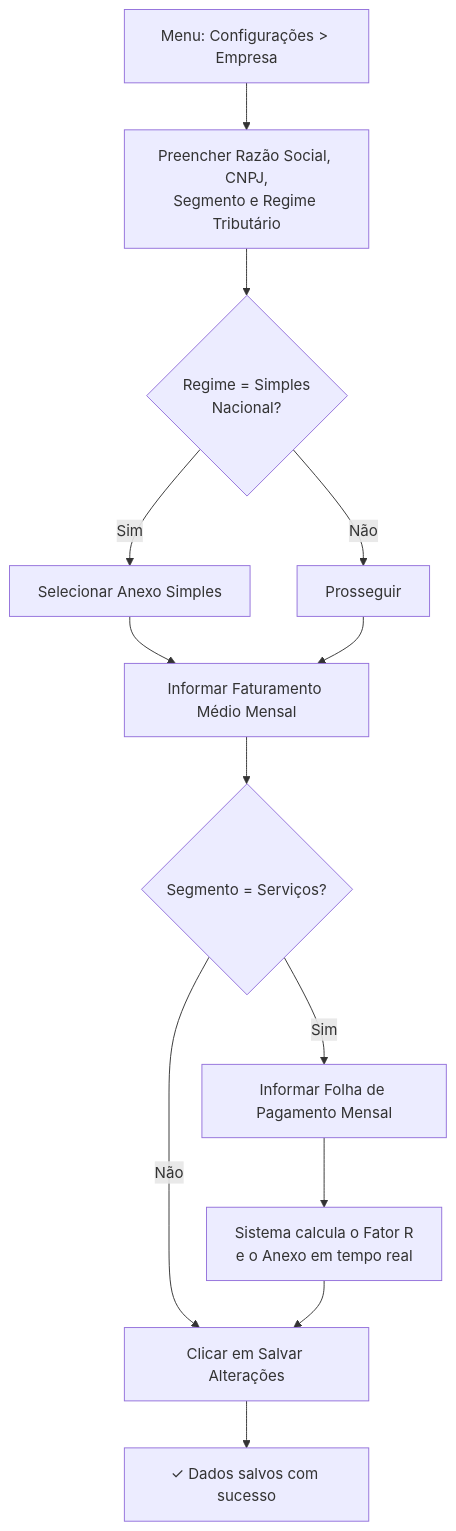
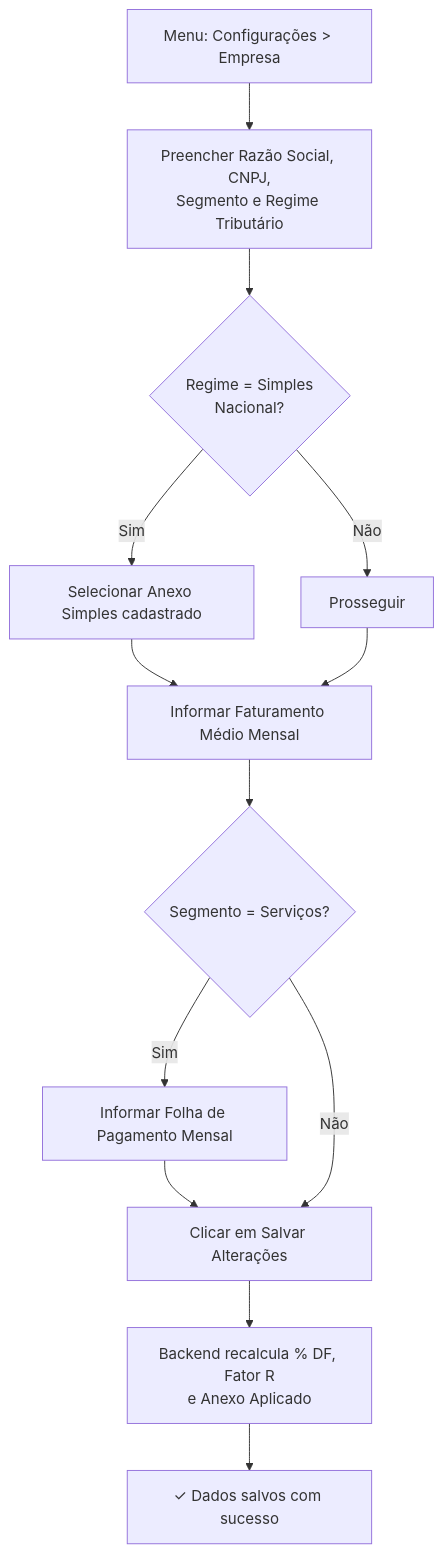
Before and after one commit to edvaldosm/markup-front: the first of 2 diagrams in docs/manual/04-cadastro-empresa.md, drawn with Mermaid. The commit also changed other lines of this file and 15 other files, not shown here.

````diff
--- a/docs/manual/04-cadastro-empresa.md
+++ b/docs/manual/04-cadastro-empresa.md
@@ -35,15 +35,15 @@
 ```mermaid
 flowchart TD
     A["Menu: Configurações > Empresa"] --> B["Preencher Razão Social, CNPJ,\nSegmento e Regime Tributário"]
     B --> C{Regime = Simples\nNacional?}
-    C -- Sim --> D[Selecionar Anexo Simples]
+    C -- Sim --> D[Selecionar Anexo Simples cadastrado]
     C -- Não --> E[Prosseguir]
     D --> F[Informar Faturamento Médio Mensal]
     E --> F
     F --> G{Segmento = Serviços?}
     G -- Sim --> H[Informar Folha de Pagamento Mensal]
-    H --> I["Sistema calcula o Fator R\ne o Anexo em tempo real"]
-    G -- Não --> J["Clicar em Salvar Alterações"]
-    I --> J
+    H --> I["Clicar em Salvar Alterações"]
+    G -- Não --> I
+    I --> J["Backend recalcula % DF, Fator R\ne Anexo Aplicado"]
     J --> K["✓ Dados salvos com sucesso"]
 ```
````
